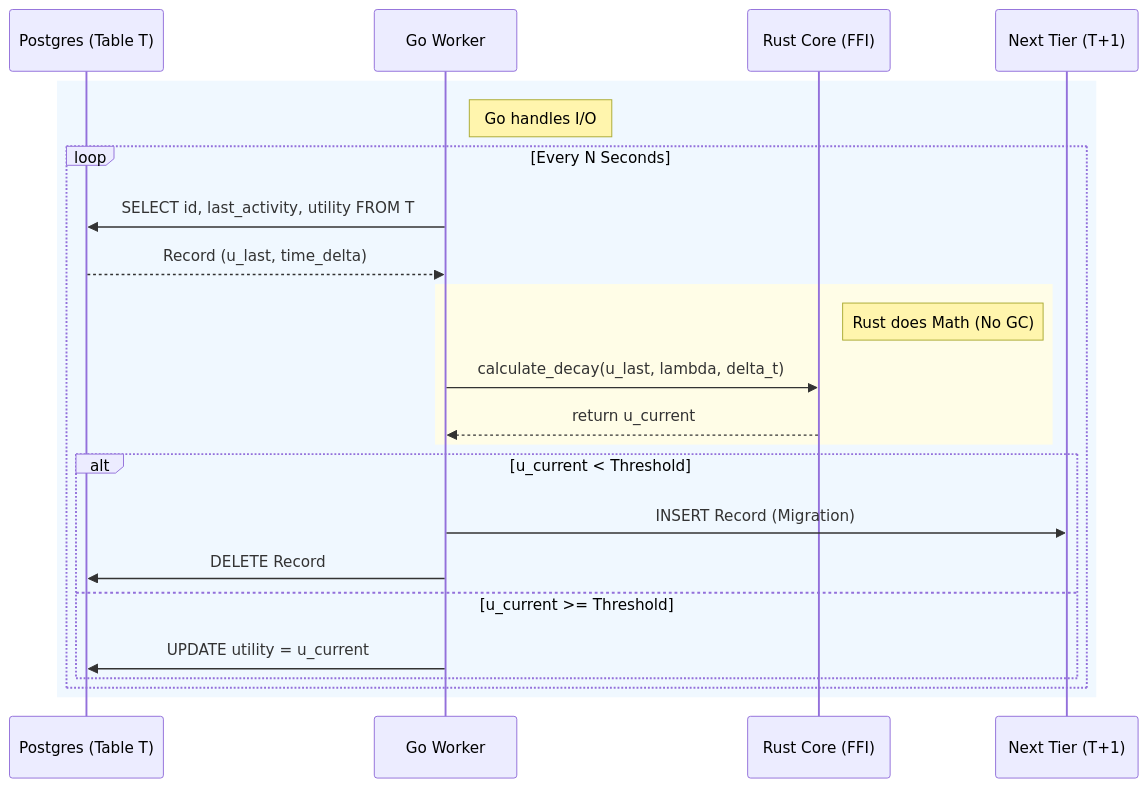
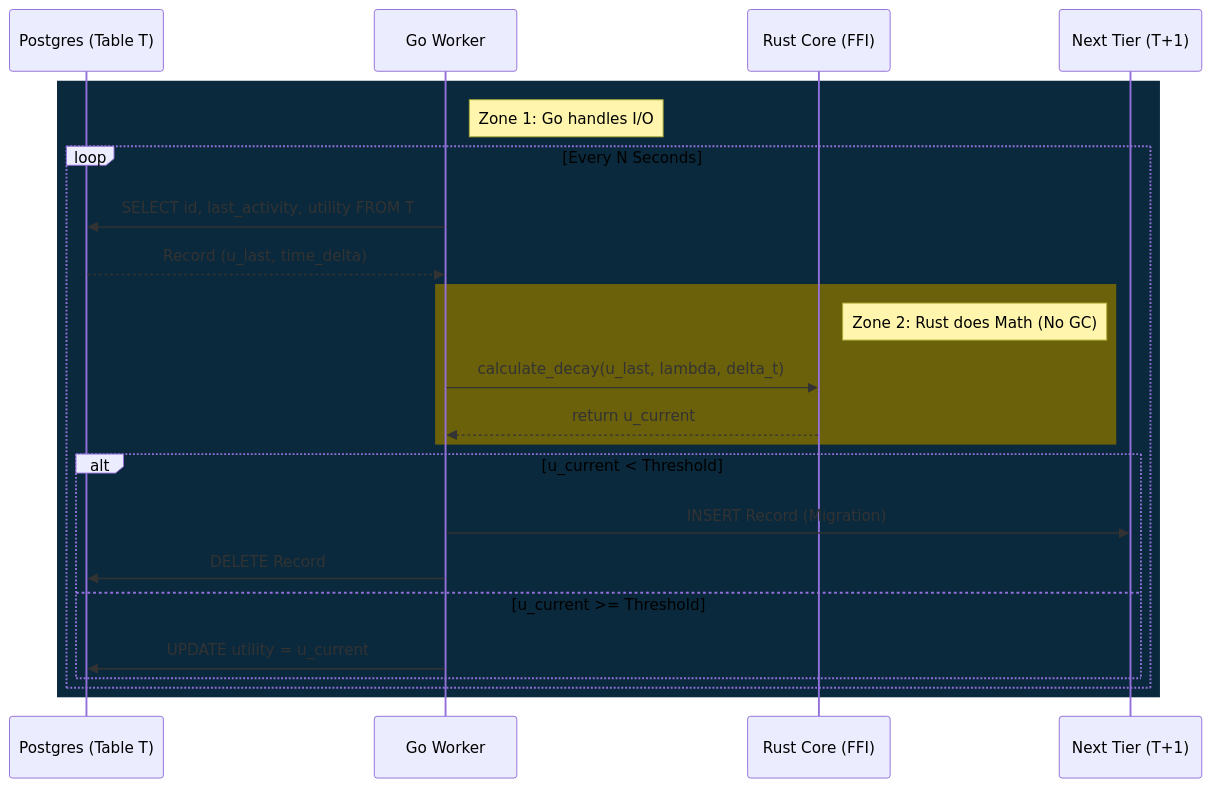
Before and after one commit to ErikSchiegg/YaFaD_ai: the second of 3 diagrams in README.md, drawn with Mermaid.

````diff
--- a/README.md
+++ b/README.md
@@ -206,28 +206,30 @@
 ```mermaid
 sequenceDiagram
     participant DB as Postgres (Table T)
     participant GO as Go Worker
     participant RUST as Rust Core (FFI)
     participant NEXT as Next Tier (T+1)
 
-    rect rgb(240, 248, 255)
-    note right of GO: Go handles I/O
+    %% High Contrast Blue Zone (Go / IO)
+    rect rgba(10, 41, 60, 1)
+    note right of GO: Zone 1: Go handles I/O
     loop Every N Seconds
         GO->>DB: SELECT id, last_activity, utility FROM T
         DB-->>GO: Record (u_last, time_delta)
         
-        rect rgb(255, 253, 231)
-        note right of RUST: Rust does Math (No GC)
+        %% High Contrast Yellow Zone (Rust / Math)
+        rect rgba(107, 97, 10, 1)
+        note right of RUST: Zone 2: Rust does Math (No GC)
         GO->>RUST: calculate_decay(u_last, lambda, delta_t)
         RUST-->>GO: return u_current
         end
         
         alt u_current < Threshold
             GO->>NEXT: INSERT Record (Migration)
             GO->>DB: DELETE Record
         else u_current >= Threshold
             GO->>DB: UPDATE utility = u_current
         end
     end
     end
 ```
````
